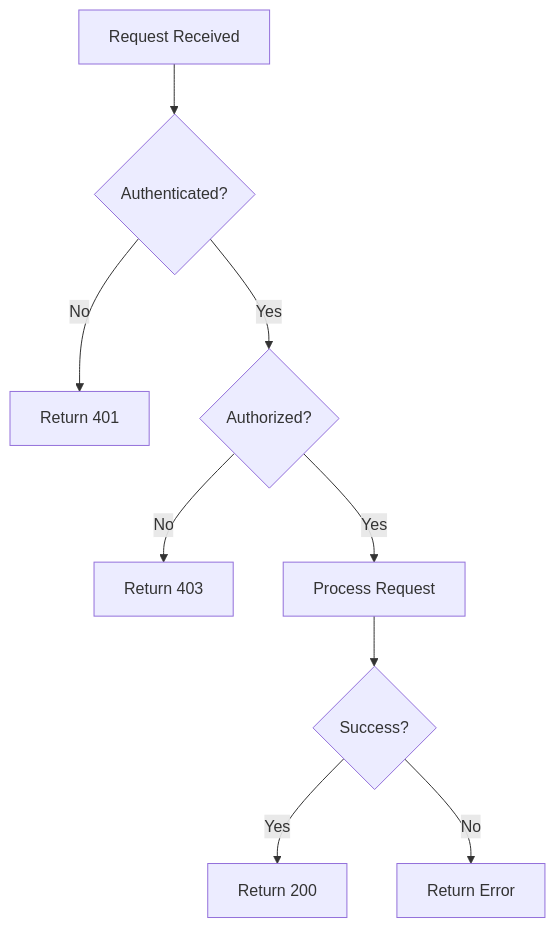
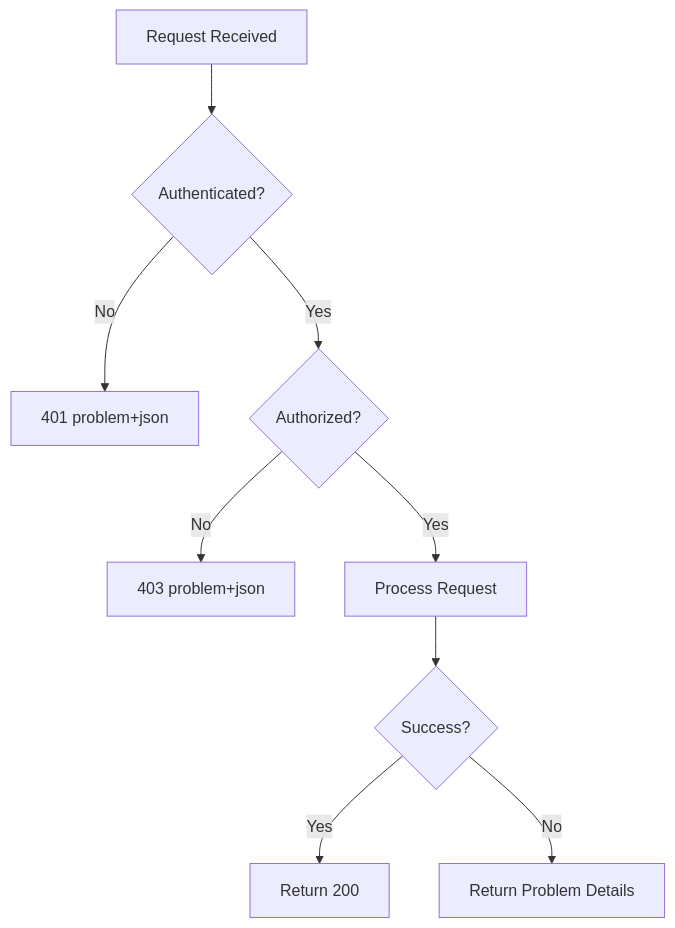
One commit to servika/claude-code-setup changed the tenth of 10 diagrams in .claude/rules/architecture.md. Above: the diagram before and after it, drawn with Mermaid. The commit also changed other lines of this file and 109 other files, not shown here.

````diff
--- a/.claude/rules/architecture.md
+++ b/.claude/rules/architecture.md
@@ -340,11 +685,11 @@
 ```mermaid
 flowchart TD
     A[Request Received] --> B{Authenticated?}
-    B -->|No| C[Return 401]
+    B -->|No| C[401 problem+json]
     B -->|Yes| D{Authorized?}
-    D -->|No| E[Return 403]
+    D -->|No| E[403 problem+json]
     D -->|Yes| F[Process Request]
     F --> G{Success?}
     G -->|Yes| H[Return 200]
-    G -->|No| I[Return Error]
+    G -->|No| I[Return Problem Details]
 ```
````
